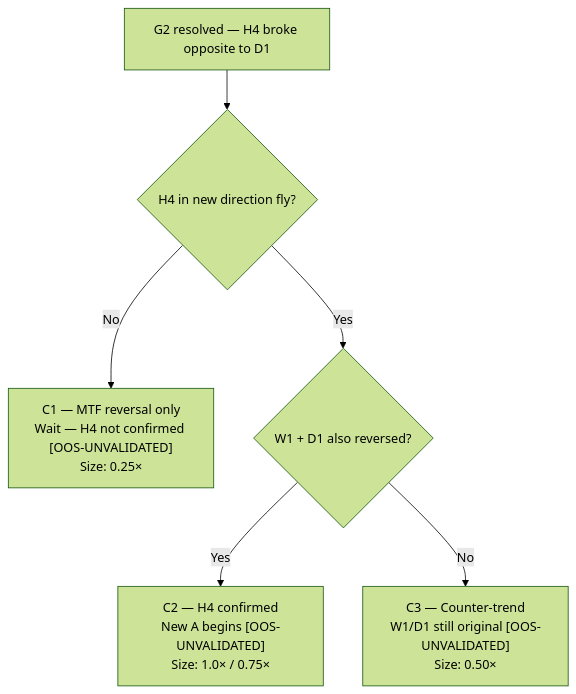
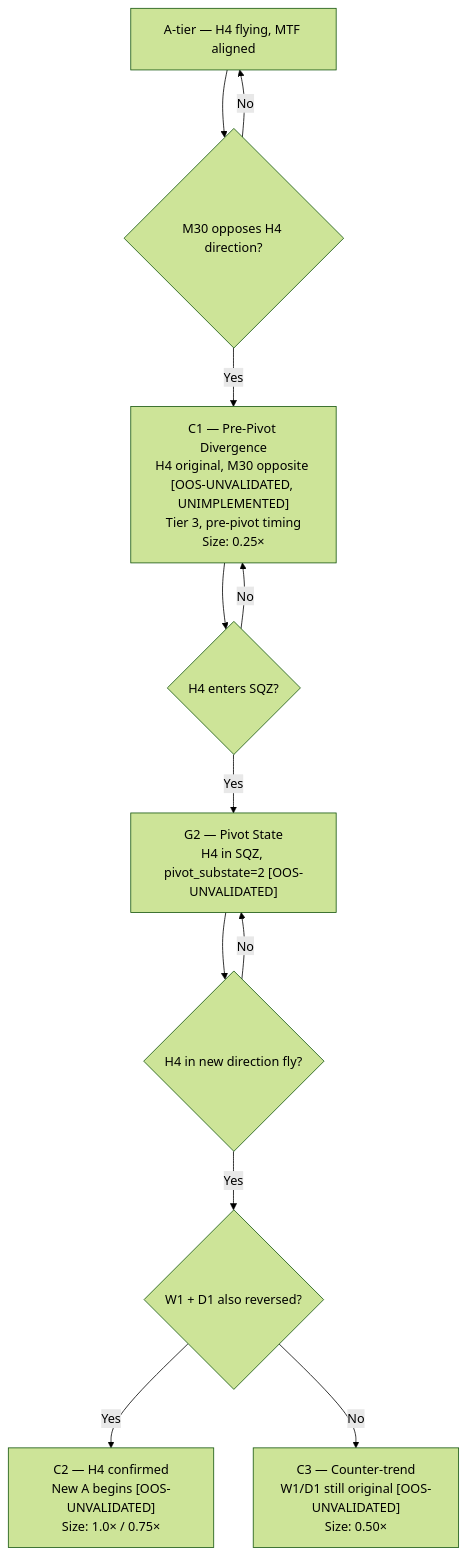
Before and after one commit to Terrypang89/BB_MTF_M15_STRATEGY: diagram 29 of 29 in references/backtest_chart_analysis.md, drawn with Mermaid (forest theme). The commit also changed other lines of this file and 1 other file, not shown here.

First line of the commit message:
Re-time C1 as pre-pivot divergence state with tier-placement note

````diff
--- a/references/backtest_chart_analysis.md
+++ b/references/backtest_chart_analysis.md
@@ -3832,8 +3856,14 @@
 ```mermaid
 flowchart TD
-    A["G2 resolved — H4 broke opposite to D1"] --> B{"H4 in new direction fly?"}
-    B -->|No| C1s["C1 — MTF reversal only\nWait — H4 not confirmed [OOS-UNVALIDATED]\nSize: 0.25×"]
-    B -->|Yes| C_node{"W1 + D1 also reversed?"}
+    A["A-tier — H4 flying, MTF aligned"] --> B{"M30 opposes H4 direction?"}
+    B -->|No| A
+    B -->|Yes| C1s["C1 — Pre-Pivot Divergence\nH4 original, M30 opposite [OOS-UNVALIDATED, UNIMPLEMENTED]\nTier 3, pre-pivot timing\nSize: 0.25×"]
+    C1s --> C{"H4 enters SQZ?"}
+    C -->|No| C1s
+    C -->|Yes| G2s["G2 — Pivot State\nH4 in SQZ, pivot_substate=2 [OOS-UNVALIDATED]"]
+    G2s --> D{"H4 in new direction fly?"}
+    D -->|No| G2s
+    D -->|Yes| C_node{"W1 + D1 also reversed?"}
     C_node -->|Yes| C2s["C2 — H4 confirmed\nNew A begins [OOS-UNVALIDATED]\nSize: 1.0× / 0.75×"]
     C_node -->|No| C3s["C3 — Counter-trend\nW1/D1 still original [OOS-UNVALIDATED]\nSize: 0.50×"]
 ```
````
